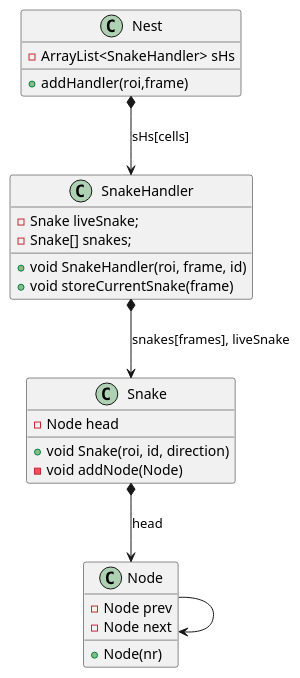
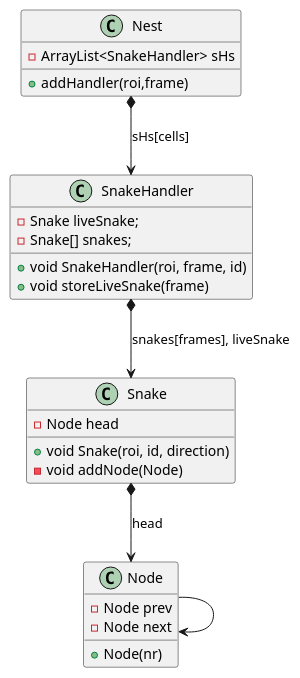
One commit to CellDynamics/QuimP changed the diagram in Doxygen_doc/BOA.md. Above: the diagram before and after it, drawn with PlantUML. The commit also changed other lines of this file and 2 other files, not shown here.

```diff
--- a/Doxygen_doc/BOA.md
+++ b/Doxygen_doc/BOA.md
@@ -159,18 +159,18 @@
 @startuml "Simplified class structure for Snakes" 
 	Nest*-->SnakeHandler : sHs[cells]
 	SnakeHandler*-->Snake : snakes[frames], liveSnake
 	Snake*-->Node : head
 	Node-->Node
 	Nest : -ArrayList<SnakeHandler> sHs
 	Nest : +addHandler(roi,frame)
 	SnakeHandler : -Snake liveSnake;
     SnakeHandler : -Snake[] snakes;
 	SnakeHandler : +void SnakeHandler(roi, frame, id)
-	SnakeHandler : +void storeCurrentSnake(frame)
+	SnakeHandler : +void storeLiveSnake(frame)
 	Snake : -Node head
 	Snake : +void Snake(roi, id, direction)
 	Snake : -void addNode(Node)
 	Node : -Node prev	
     Node : -Node next
 	Node : +Node(nr)
 @enduml
```
